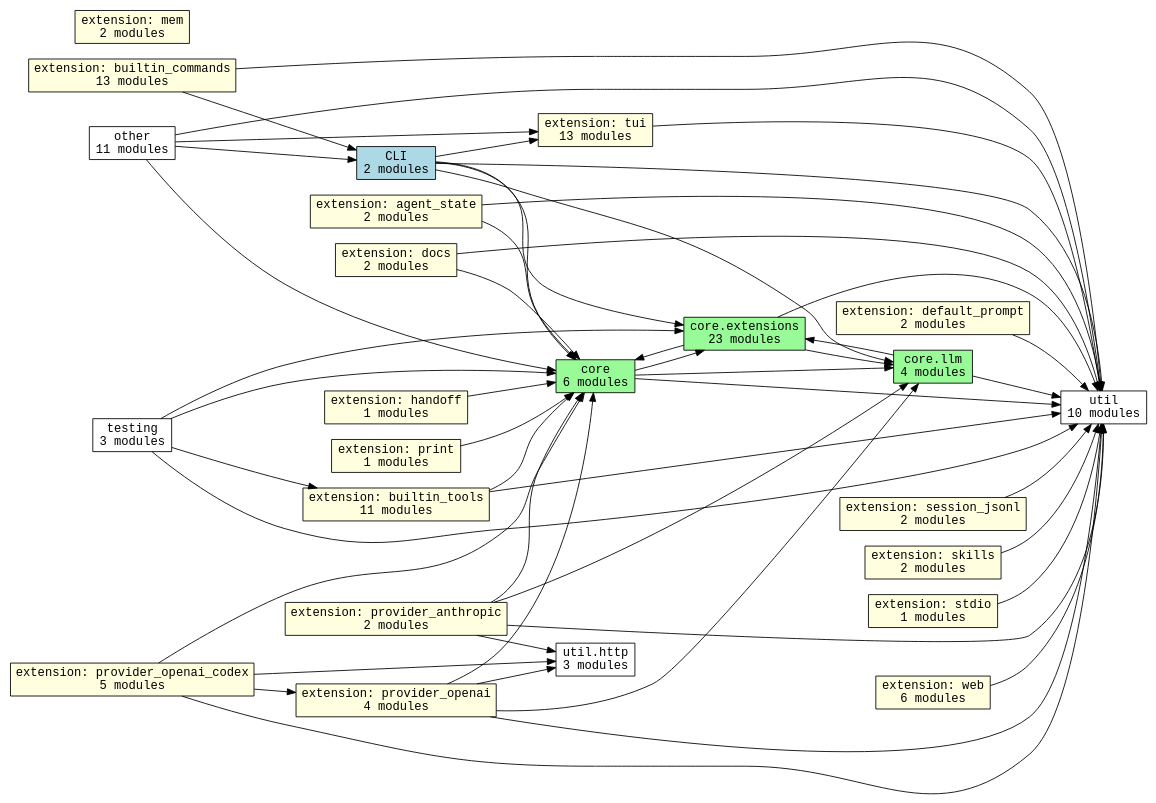
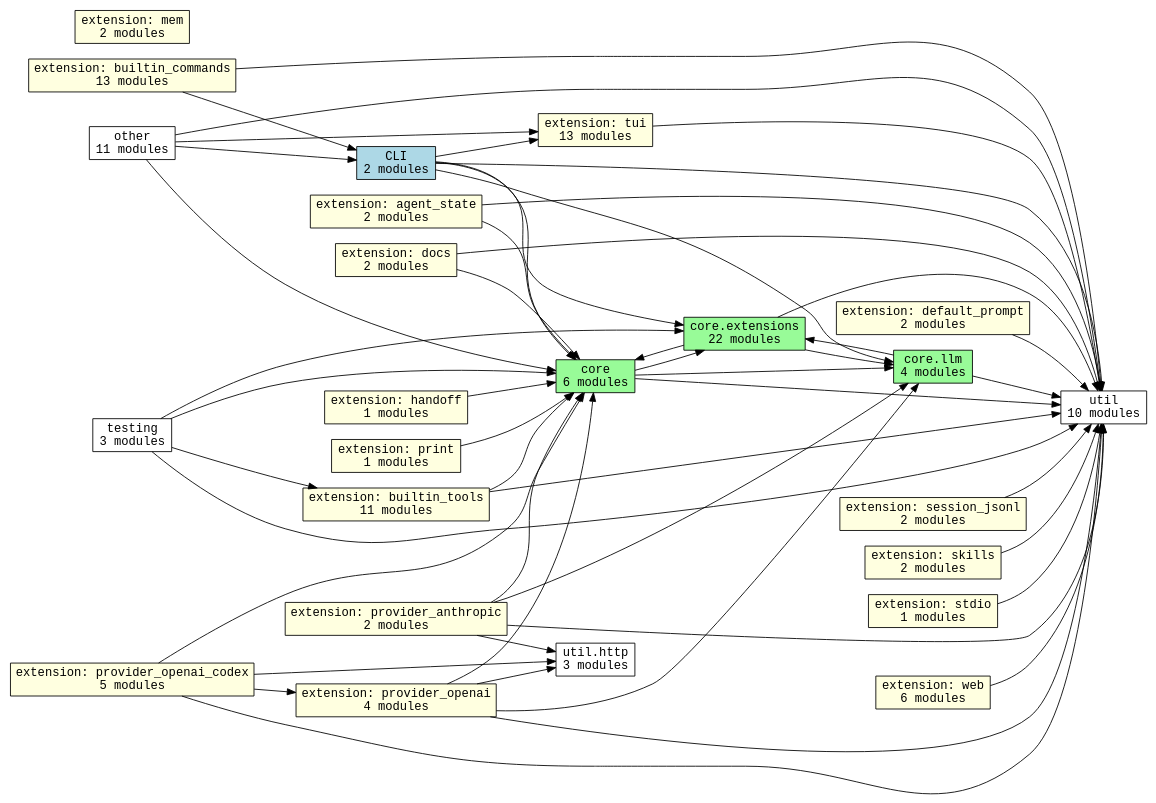
Before and after one commit to acmiyaguchi/fen: the diagram in docs/generated/graphs/subsystems.dot, drawn with Graphviz. The commit also changed 39 other files, not shown here.

```diff
--- a/docs/generated/graphs/subsystems.dot
+++ b/docs/generated/graphs/subsystems.dot
@@ -1,78 +1,78 @@
 digraph fen_subsystems {
   graph [rankdir=LR];
   node [shape=box, fontname="monospace"];
   edge [fontname="monospace"];
   "cli" [fillcolor="lightblue", label="CLI\n2 modules", style="filled"];
   "core" [fillcolor="palegreen", label="core\n6 modules", style="filled"];
-  "core.extensions" [fillcolor="palegreen", label="core.extensions\n23 modules", style="filled"];
+  "core.extensions" [fillcolor="palegreen", label="core.extensions\n22 modules", style="filled"];
   "core.llm" [fillcolor="palegreen", label="core.llm\n4 modules", style="filled"];
   "extension.agent_state" [fillcolor="lightyellow", label="extension: agent_state\n2 modules", style="filled"];
   "extension.builtin_commands" [fillcolor="lightyellow", label="extension: builtin_commands\n13 modules", style="filled"];
   "extension.builtin_tools" [fillcolor="lightyellow", label="extension: builtin_tools\n11 modules", style="filled"];
   "extension.default_prompt" [fillcolor="lightyellow", label="extension: default_prompt\n2 modules", style="filled"];
   "extension.docs" [fillcolor="lightyellow", label="extension: docs\n2 modules", style="filled"];
   "extension.handoff" [fillcolor="lightyellow", label="extension: handoff\n1 modules", style="filled"];
   "extension.mem" [fillcolor="lightyellow", label="extension: mem\n2 modules", style="filled"];
   "extension.print" [fillcolor="lightyellow", label="extension: print\n1 modules", style="filled"];
   "extension.provider_anthropic" [fillcolor="lightyellow", label="extension: provider_anthropic\n2 modules", style="filled"];
   "extension.provider_openai" [fillcolor="lightyellow", label="extension: provider_openai\n4 modules", style="filled"];
   "extension.provider_openai_codex" [fillcolor="lightyellow", label="extension: provider_openai_codex\n5 modules", style="filled"];
   "extension.session_jsonl" [fillcolor="lightyellow", label="extension: session_jsonl\n2 modules", style="filled"];
   "extension.skills" [fillcolor="lightyellow", label="extension: skills\n2 modules", style="filled"];
   "extension.stdio" [fillcolor="lightyellow", label="extension: stdio\n1 modules", style="filled"];
   "extension.tui" [fillcolor="lightyellow", label="extension: tui\n13 modules", style="filled"];
   "extension.web" [fillcolor="lightyellow", label="extension: web\n6 modules", style="filled"];
   "other" [fillcolor="white", label="other\n11 modules", style="filled"];
   "testing" [fillcolor="white", label="testing\n3 modules", style="filled"];
   "util" [fillcolor="white", label="util\n10 modules", style="filled"];
   "util.http" [fillcolor="white", label="util.http\n3 modules", style="filled"];
   "cli" -> "core";
   "cli" -> "core.extensions";
   "cli" -> "core.llm";
   "cli" -> "extension.tui";
   "cli" -> "util";
   "core" -> "core.extensions";
   "core" -> "core.llm";
   "core" -> "util";
   "core.extensions" -> "core";
   "core.extensions" -> "core.llm";
   "core.extensions" -> "util";
   "core.llm" -> "core.extensions";
   "core.llm" -> "util";
   "extension.agent_state" -> "core";
   "extension.agent_state" -> "util";
   "extension.builtin_commands" -> "cli";
   "extension.builtin_commands" -> "util";
   "extension.builtin_tools" -> "core";
   "extension.builtin_tools" -> "util";
   "extension.default_prompt" -> "util";
   "extension.docs" -> "core";
   "extension.docs" -> "util";
   "extension.handoff" -> "core";
   "extension.print" -> "core";
   "extension.provider_anthropic" -> "core";
   "extension.provider_anthropic" -> "core.llm";
   "extension.provider_anthropic" -> "util";
   "extension.provider_anthropic" -> "util.http";
   "extension.provider_openai" -> "core";
   "extension.provider_openai" -> "core.llm";
   "extension.provider_openai" -> "util";
   "extension.provider_openai" -> "util.http";
   "extension.provider_openai_codex" -> "core";
   "extension.provider_openai_codex" -> "extension.provider_openai";
   "extension.provider_openai_codex" -> "util";
   "extension.provider_openai_codex" -> "util.http";
   "extension.session_jsonl" -> "util";
   "extension.skills" -> "util";
   "extension.stdio" -> "util";
   "extension.tui" -> "util";
   "extension.web" -> "util";
   "other" -> "cli";
   "other" -> "core";
   "other" -> "extension.tui";
   "other" -> "util";
   "testing" -> "core";
   "testing" -> "core.extensions";
   "testing" -> "extension.builtin_tools";
   "testing" -> "util";
 }
```
